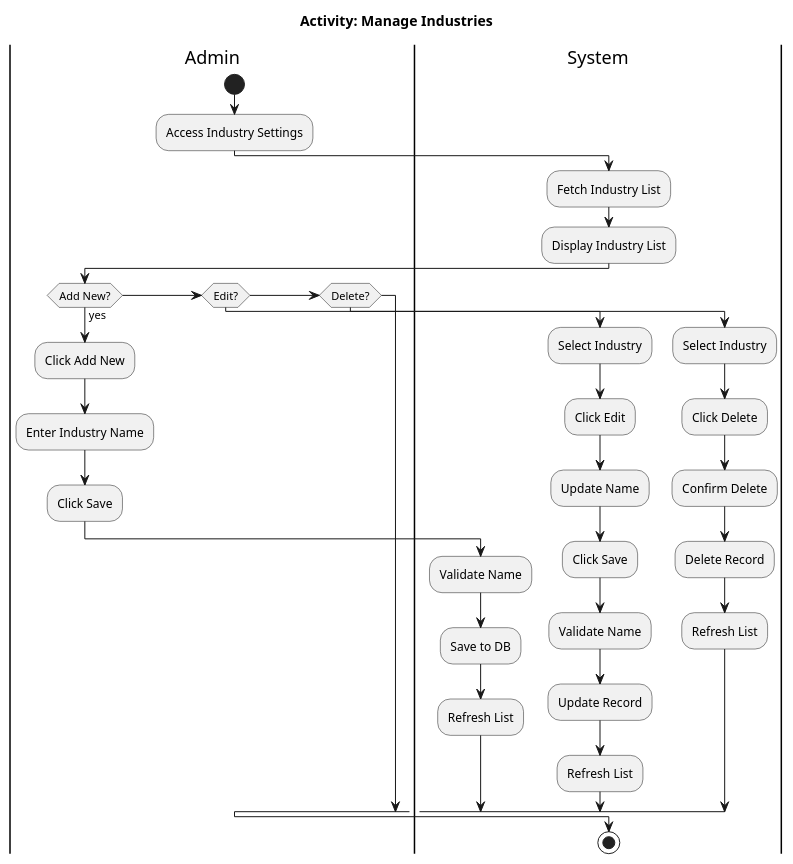
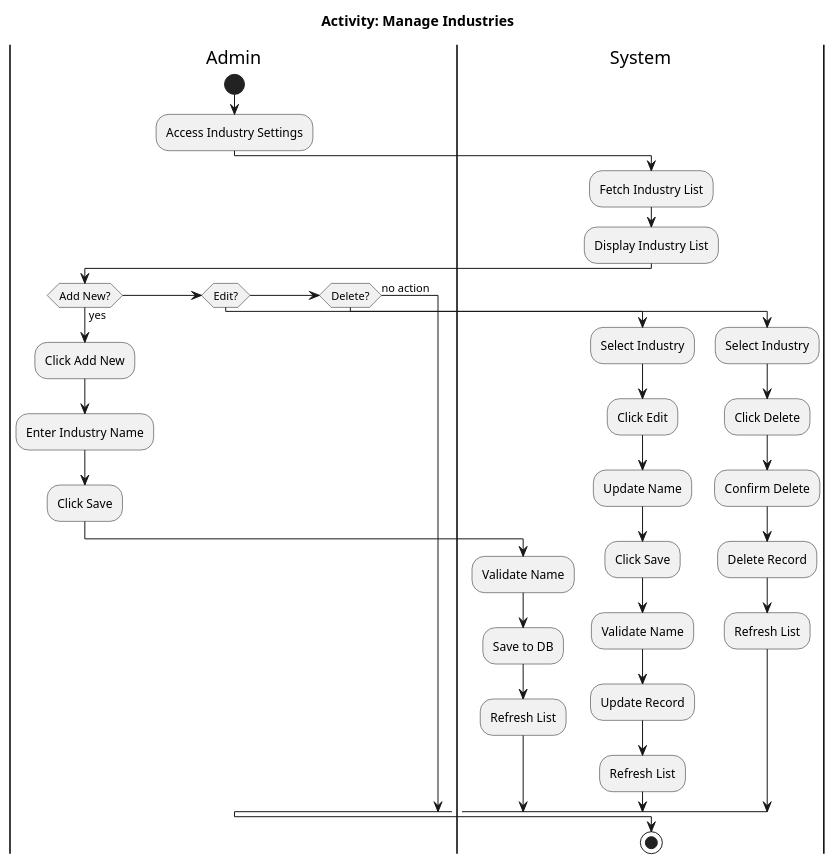
Before and after one commit to czefenglim/blue-collar-job-portal: the diagram in docs/activity-admin-industries.puml, drawn with PlantUML. The commit also changed other lines of this file and 91 other files, not shown here.

```diff
--- a/docs/activity-admin-industries.puml
+++ b/docs/activity-admin-industries.puml
@@ -1,37 +1,38 @@
 @startuml UC_AdminIndustries
 skinparam conditionStyle diamond
 title Activity: Manage Industries
 |Admin|
 start
 :Access Industry Settings;
 |System|
 :Fetch Industry List;
 :Display Industry List;
 |Admin|
 if (Add New?) then (yes)
   :Click Add New;
   :Enter Industry Name;
   :Click Save;
   |System|
   :Validate Name;
   :Save to DB;
   :Refresh List;
 elseif (Edit?)
   :Select Industry;
   :Click Edit;
   :Update Name;
   :Click Save;
   |System|
   :Validate Name;
   :Update Record;
   :Refresh List;
 elseif (Delete?)
   :Select Industry;
   :Click Delete;
   :Confirm Delete;
   |System|
   :Delete Record;
   :Refresh List;
+else (no action)
 endif
 stop
 @enduml
```
